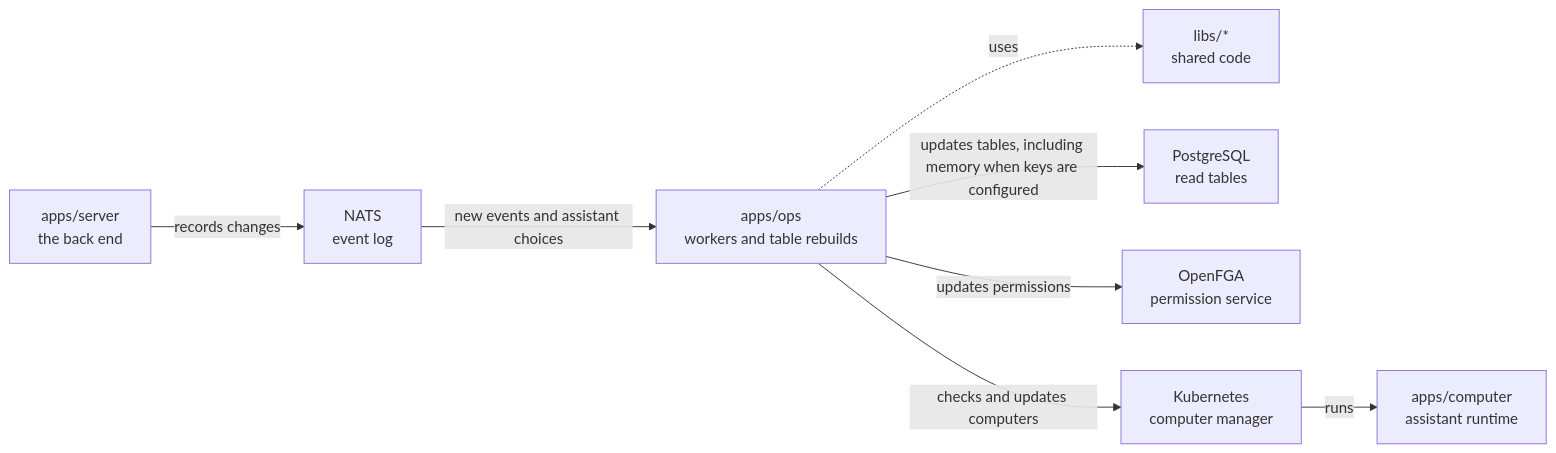
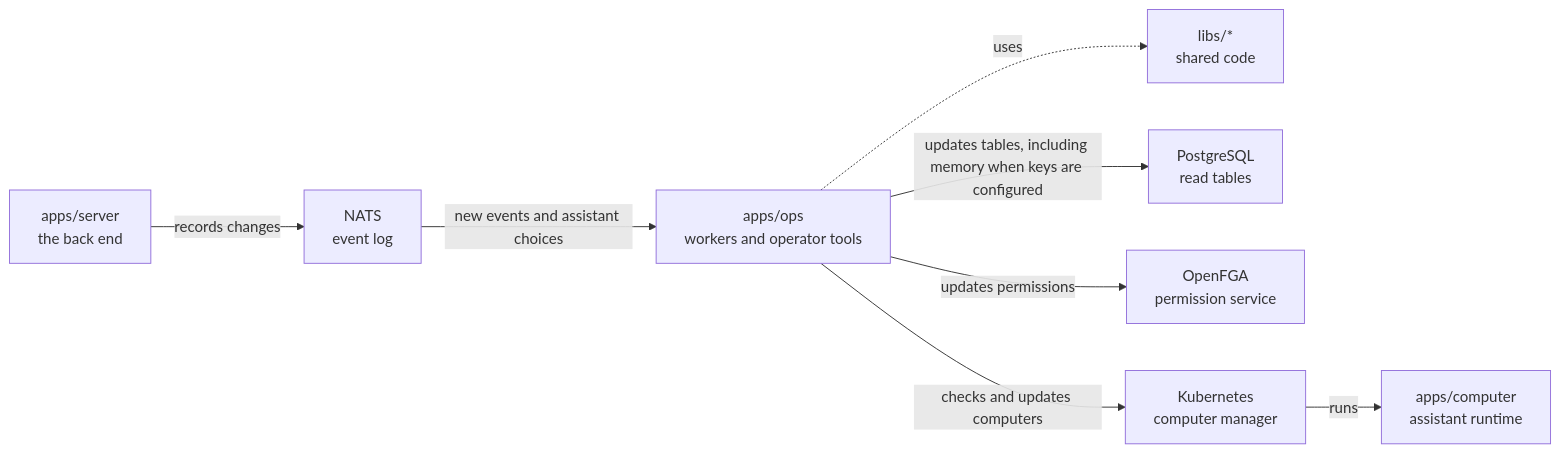
Before and after one commit to elewa-git/opencrane-new: the diagram in apps/ops/README.md, drawn with Mermaid. The commit also changed other lines of this file and 15 other files, not shown here.

````diff
--- a/apps/ops/README.md
+++ b/apps/ops/README.md
@@ -11,10 +11,10 @@
 ```mermaid
 flowchart LR
   server["apps/server<br/>the back end"] -->|records changes| nats["NATS<br/>event log"]
-  nats -->|new events and assistant choices| ops["apps/ops<br/>workers and table rebuilds"]
+  nats -->|new events and assistant choices| ops["apps/ops<br/>workers and operator tools"]
   ops -.->|uses| libs["libs/*<br/>shared code"]
   ops -->|updates tables, including memory when keys are configured| postgres["PostgreSQL<br/>read tables"]
   ops -->|updates permissions| fga["OpenFGA<br/>permission service"]
   ops -->|checks and updates computers| kube["Kubernetes<br/>computer manager"]
   kube -->|runs| computer["apps/computer<br/>assistant runtime"]
 ```
````
